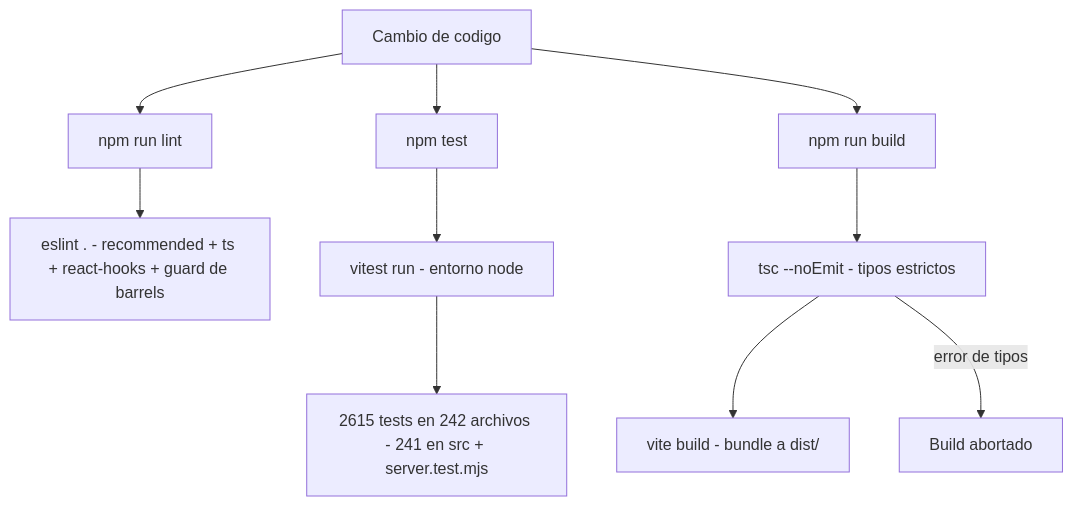
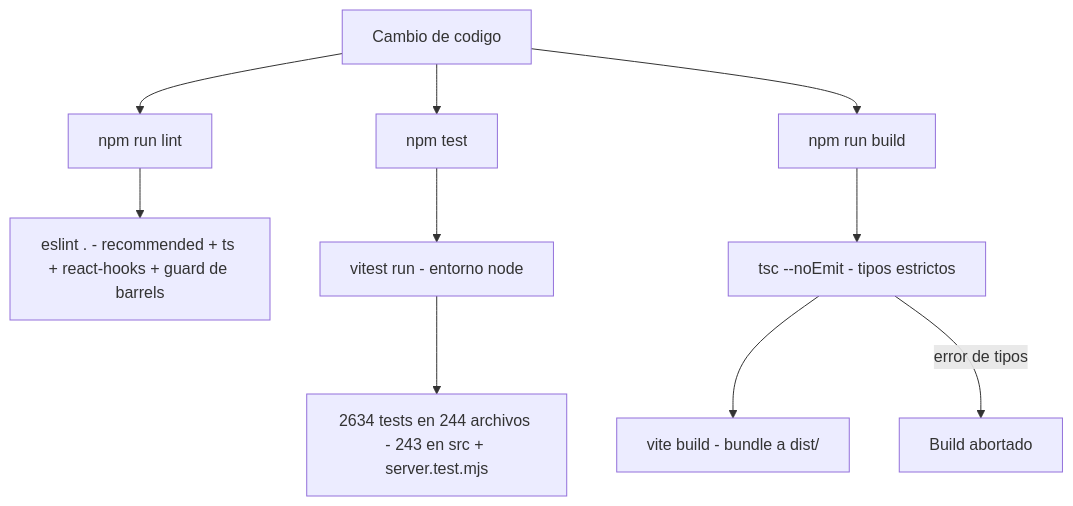
The first of 3 diagrams in doc/testing.md (Carlosmps97/web-data-model-hub), drawn with Mermaid before and after one commit. The commit also changed other lines of this file and 5 other files, not shown here.

````diff
--- a/doc/testing.md
+++ b/doc/testing.md
@@ -152,12 +152,12 @@
 ```mermaid
 flowchart TD
     A[Cambio de codigo] --> B[npm run lint]
     A --> C[npm test]
     A --> D[npm run build]
     B --> B1[eslint . - recommended + ts + react-hooks + guard de barrels]
     C --> C1[vitest run - entorno node]
-    C1 --> C2[2615 tests en 242 archivos - 241 en src + server.test.mjs]
+    C1 --> C2[2634 tests en 244 archivos - 243 en src + server.test.mjs]
     D --> D1[tsc --noEmit - tipos estrictos]
     D1 --> D2[vite build - bundle a dist/]
     D1 -->|error de tipos| X[Build abortado]
 ```
````
